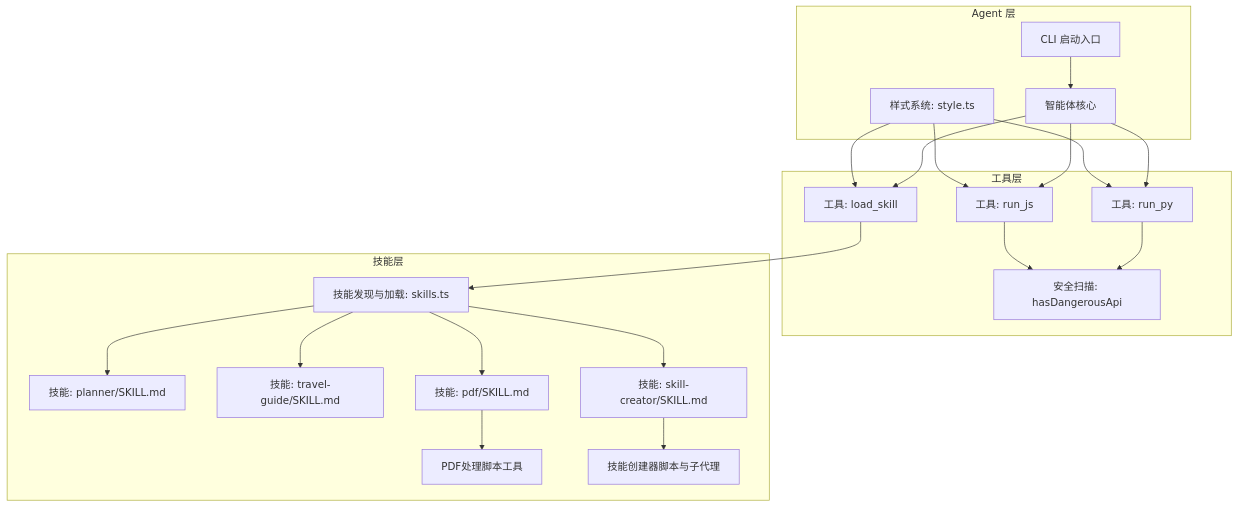
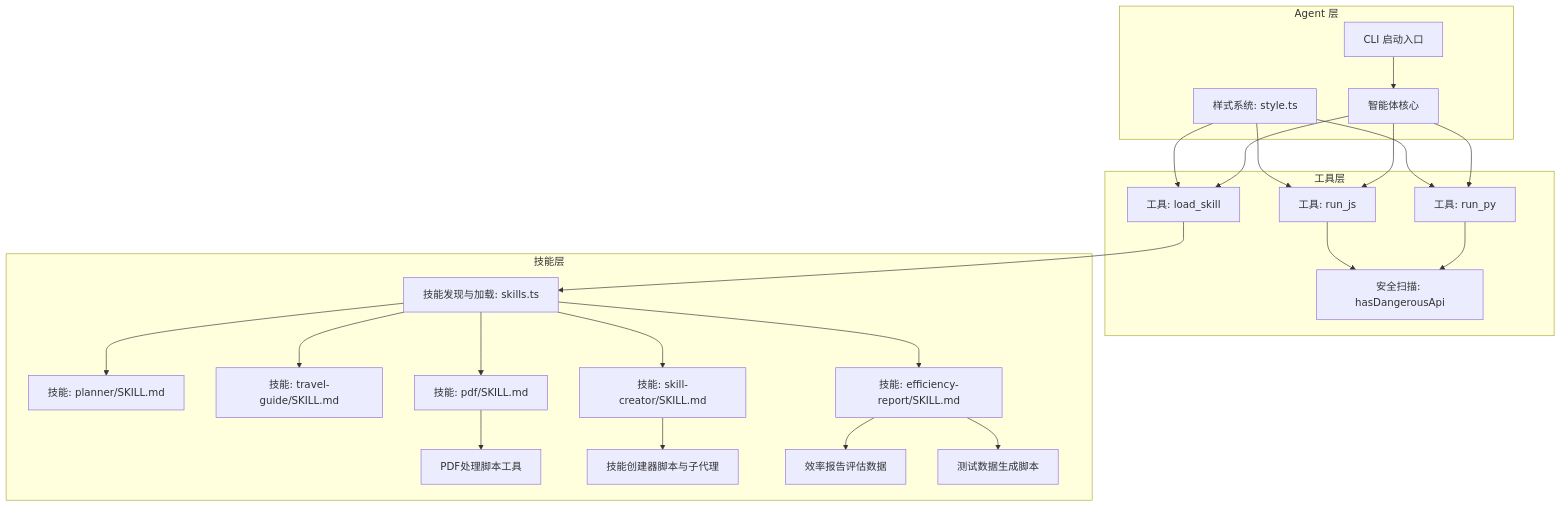
One commit to HAOFUYANG/onion-code changed the first of 7 diagrams in .qoder/repowiki/zh/content/技能系统/技能系统.md. Above: the diagram before and after it, drawn with Mermaid. The commit also changed other lines of this file and 3 other files, not shown here.

````diff
--- a/.qoder/repowiki/zh/content/技能系统/技能系统.md
+++ b/.qoder/repowiki/zh/content/技能系统/技能系统.md
@@ -65,39 +77,45 @@
 ```mermaid
 graph TB
 subgraph "Agent 层"
 CLI["CLI 启动入口"]
 Agent["智能体核心"]
 Style["样式系统: style.ts"]
 end
 subgraph "工具层"
 LoadSkill["工具: load_skill"]
 RunJS["工具: run_js"]
 RunPy["工具: run_py"]
 Security["安全扫描: hasDangerousApi"]
 Style --> LoadSkill
 Style --> RunJS
 Style --> RunPy
 end
 subgraph "技能层"
 SkillsTS["技能发现与加载: skills.ts"]
 Planner["技能: planner/SKILL.md"]
 TravelGuide["技能: travel-guide/SKILL.md"]
 PDF["技能: pdf/SKILL.md"]
 SkillCreator["技能: skill-creator/SKILL.md"]
+EfficiencyReport["技能: efficiency-report/SKILL.md"]
 PDFScripts["PDF处理脚本工具"]
 Scripts["技能创建器脚本与子代理"]
+EvalData["效率报告评估数据"]
+TestData["测试数据生成脚本"]
 end
 CLI --> Agent
 Agent --> LoadSkill
 Agent --> RunJS
 Agent --> RunPy
 LoadSkill --> SkillsTS
 RunJS --> Security
 RunPy --> Security
 SkillsTS --> Planner
 SkillsTS --> TravelGuide
 SkillsTS --> PDF
 SkillsTS --> SkillCreator
+SkillsTS --> EfficiencyReport
 PDF --> PDFScripts
 SkillCreator --> Scripts
+EfficiencyReport --> EvalData
+EfficiencyReport --> TestData
 ```
````
